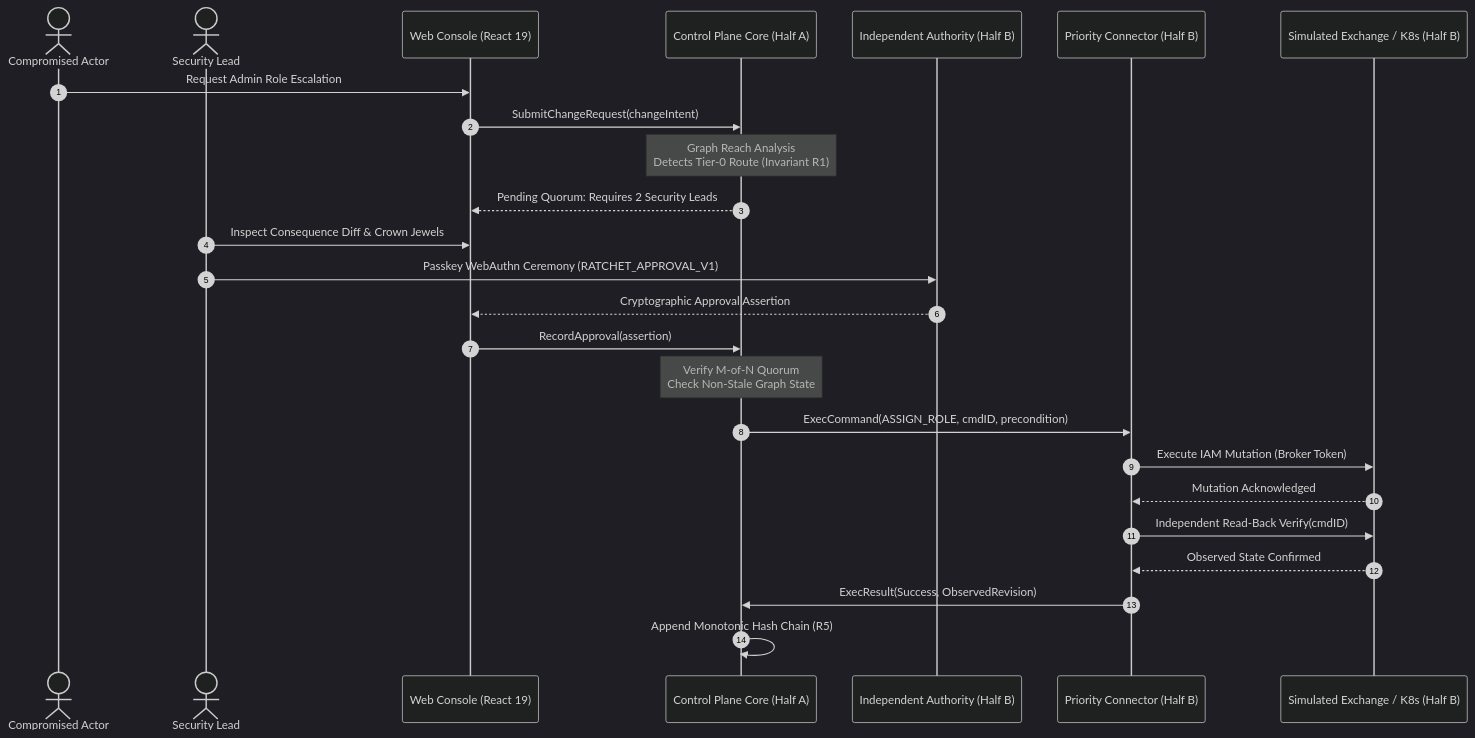
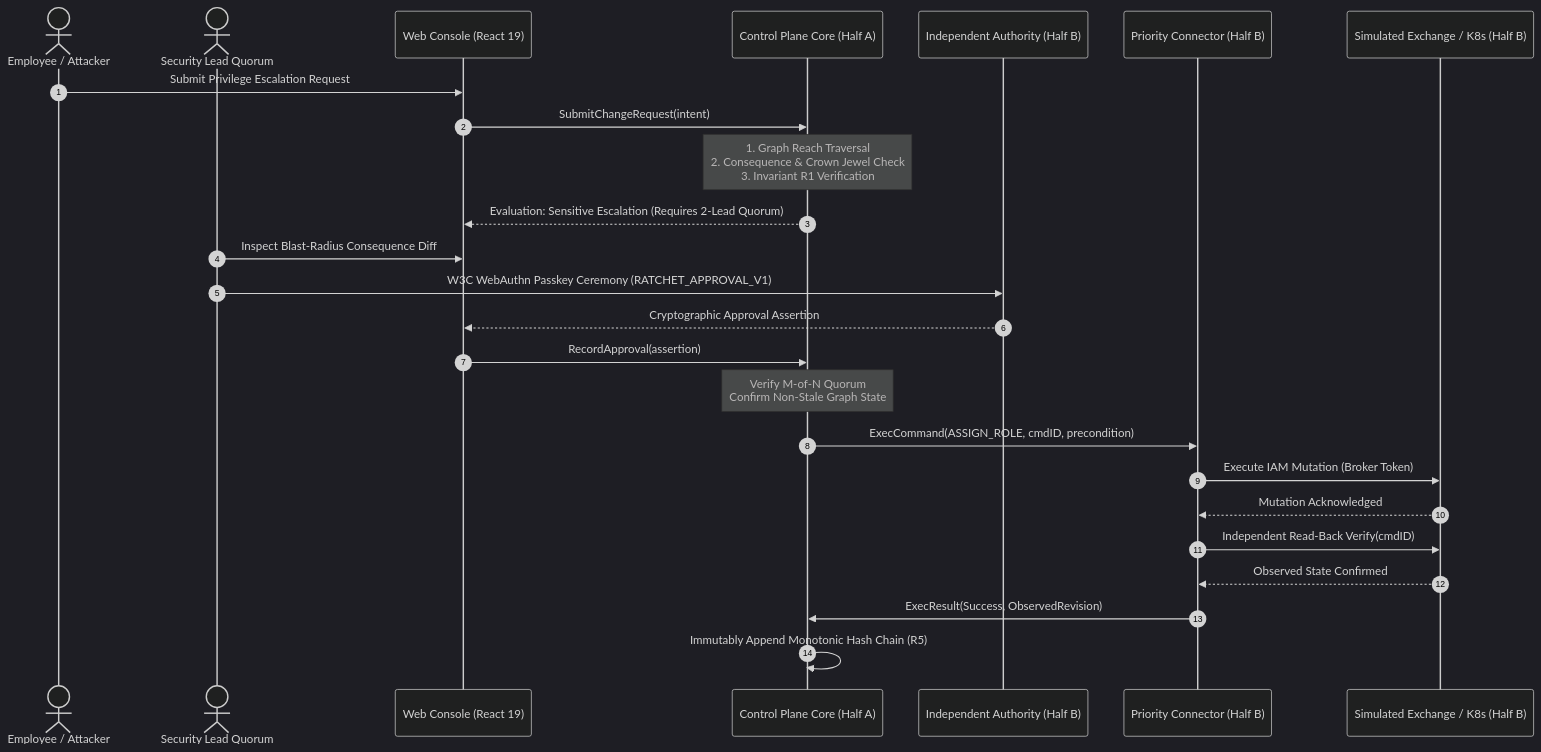
Before and after one commit to sakararya43-web/Ratchet: the third of 4 diagrams in README.md, drawn with Mermaid (dark theme). The commit also changed other lines of this file, not shown here.

Commit message:
docs(readme): structure sections for hackathon submission (at a glance, the problem, why ratchet, how it works, tech stack, repo layout, honest limits)

````diff
--- a/README.md
+++ b/README.md
@@ -85,30 +137,30 @@
 ```mermaid
 sequenceDiagram
     autonumber
-    actor Attacker as Compromised Actor
-    actor Approver as Security Lead
+    actor Requester as Employee / Attacker
+    actor Approver as Security Lead Quorum
     participant Console as Web Console (React 19)
     participant Core as Control Plane Core (Half A)
     participant Auth as Independent Authority (Half B)
     participant Conn as Priority Connector (Half B)
     participant Target as Simulated Exchange / K8s (Half B)
 
-    Attacker->>Console: Request Admin Role Escalation
-    Console->>Core: SubmitChangeRequest(changeIntent)
-    Note over Core: Graph Reach Analysis<br/>Detects Tier-0 Route (Invariant R1)
-    Core-->>Console: Pending Quorum: Requires 2 Security Leads
+    Requester->>Console: Submit Privilege Escalation Request
+    Console->>Core: SubmitChangeRequest(intent)
+    Note over Core: 1. Graph Reach Traversal<br/>2. Consequence & Crown Jewel Check<br/>3. Invariant R1 Verification
+    Core-->>Console: Evaluation: Sensitive Escalation (Requires 2-Lead Quorum)
     
-    Approver->>Console: Inspect Consequence Diff & Crown Jewels
-    Approver->>Auth: Passkey WebAuthn Ceremony (RATCHET_APPROVAL_V1)
+    Approver->>Console: Inspect Blast-Radius Consequence Diff
+    Approver->>Auth: W3C WebAuthn Passkey Ceremony (RATCHET_APPROVAL_V1)
     Auth-->>Console: Cryptographic Approval Assertion
     Console->>Core: RecordApproval(assertion)
     
-    Note over Core: Verify M-of-N Quorum<br/>Check Non-Stale Graph State
+    Note over Core: Verify M-of-N Quorum<br/>Confirm Non-Stale Graph State
     Core->>Conn: ExecCommand(ASSIGN_ROLE, cmdID, precondition)
     Conn->>Target: Execute IAM Mutation (Broker Token)
     Target-->>Conn: Mutation Acknowledged
     Conn->>Target: Independent Read-Back Verify(cmdID)
     Target-->>Conn: Observed State Confirmed
     Conn->>Core: ExecResult(Success, ObservedRevision)
-    Core->>Core: Append Monotonic Hash Chain (R5)
+    Core->>Core: Immutably Append Monotonic Hash Chain (R5)
 ```
````
